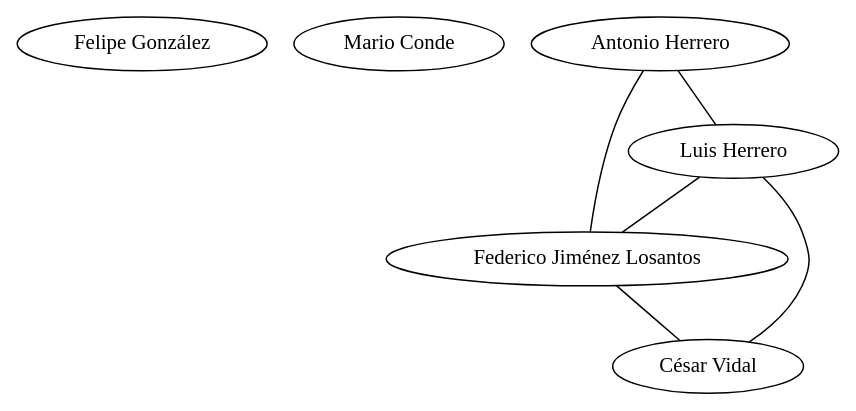
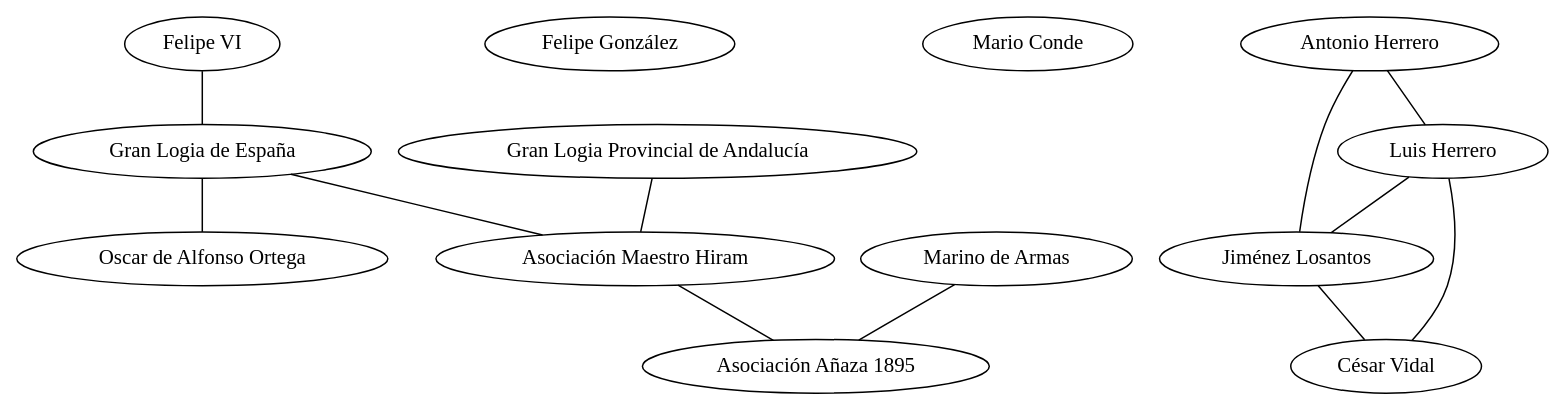
One commit to tnotstar/tnotdata changed the diagram in interchullos/spain.gv. Above: the diagram before and after it, drawn with Graphviz.

Commit message:
added some spanish freemasons and related people

```diff
--- a/interchullos/spain.gv
+++ b/interchullos/spain.gv
@@ -1,48 +1,101 @@
 graph spain {
+    subgraph aristocrats {
+        fvi1 [
+            label="Felipe VI",
+            full="Felipe Juan Pablo Alfonso de Todos los Santos de Borbón y Grecia",
+            link="https://en.wikipedia.org/wiki/Felipe_VI",
+        ];
+    };
+
     subgraph politicians {
         style=filled;
         color=lightgrey;
         fgm1 [
             label="Felipe González",
             full="Felipe González Márquez",
             link="https://es.wikipedia.org/wiki/Felipe_Gonz%C3%A1lez",
         ];
-    }
+    };
 
     subgraph bankers {
         macc1 [
             label="Mario Conde",
             full="Mario Antonio Conde Conde",
             link="https://es.wikipedia.org/wiki/Mario_Conde",
         ];
-    }
+    };
 
     subgraph journalists {
         ahl1 [
             label="Antonio Herrero",
             full="Antonio Herrero Lima",
-            link="https://es.wikipedia.org/wiki/Antonio_Herrero"
+            link="https://es.wikipedia.org/wiki/Antonio_Herrero",
         ];
         lfha1 [
             label="Luis Herrero",
             full="Luis Francisco Herrero-Tejedor Algar",
-            link="https://es.wikipedia.org/wiki/Luis_Herrero"
+            link="https://es.wikipedia.org/wiki/Luis_Herrero",
         ];
         fjl1 [
-            label="Federico Jiménez Losantos",
+            label="Jiménez Losantos",
             full="Federico Jorge Jiménez Losantos",
-            link="https://es.wikipedia.org/wiki/Federico_Jim%C3%A9nez_Losantos"
-        ]
+            link="https://es.wikipedia.org/wiki/Federico_Jim%C3%A9nez_Losantos",
+        ];
         cvm1 [
             label="César Vidal",
-            full="César Vidal",
-            link="https://es.wikipedia.org/wiki/Federico_Jim%C3%A9nez_Losantos"
+            full="César Vidal Manzanares",
+            link="https://en.wikipedia.org/wiki/C%C3%A9sar_Vidal_Manzanares",
         ];
 
-        ahl1 -- lfha1
-        ahl1 -- fjl1
-        lfha1 -- fjl1
-        fjl1 -- cvm1
-        lfha1 -- cvm1
+        ahl1 -- lfha1;
+        ahl1 -- fjl1;
+        lfha1 -- fjl1;
+        fjl1 -- cvm1;
+        lfha1 -- cvm1;
     }
+
+    subgraph leaders {
+        odao1 [
+            label="Oscar de Alfonso",
+            label="Oscar de Alfonso Ortega",
+            link="https://www.facebook.com/oscar.dealfonsoortega",
+        ];
+        mdab1 [
+            label="Marino de Armas",
+            full="Marino de Armas Benitez",
+            link="https://www.facebook.com/marino.dearmasbenitez",
+        ];
+    };
+
+    subgraph organizations {
+        glde1 [
+            label="Gran Logia de España",
+            full="Gran Logia de España",
+            link="https://gle.org"
+        ];
+        glpa1 [
+            label="Gran Logia Provincial de Andalucía",
+            full="Gran Logia Provincial de Andalucía",
+            link="https://glpa.es"
+        ];
+        amh1 [
+            label="Asociación Maestro Hiram",
+            full="Asociación Maestro Hiram",
+            link="https://asociacionmaestrohiram.wordpress.com"
+        ];
+        ana1 [
+            label="Asociación Añaza 1895",
+            full="Asociación Nacional Añaza 1895",
+            link="http://anaza1895.blogspot.com"
+        ];
+
+        glde1 -- odao1;
+
+        glde1 -- amh1;
+        glpa1 -- amh1;
+        amh1 -- ana1;
+    };
+
+    fvi1 -- glde1;
+    mdab1 -- ana1;
 }
```
